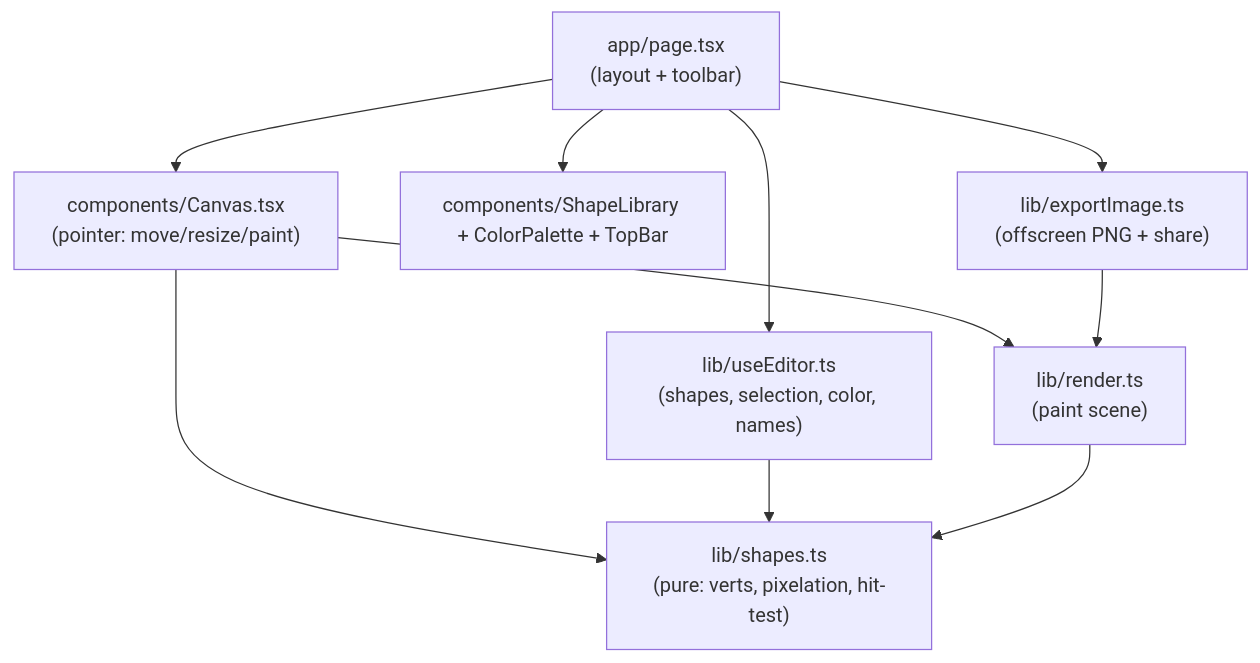
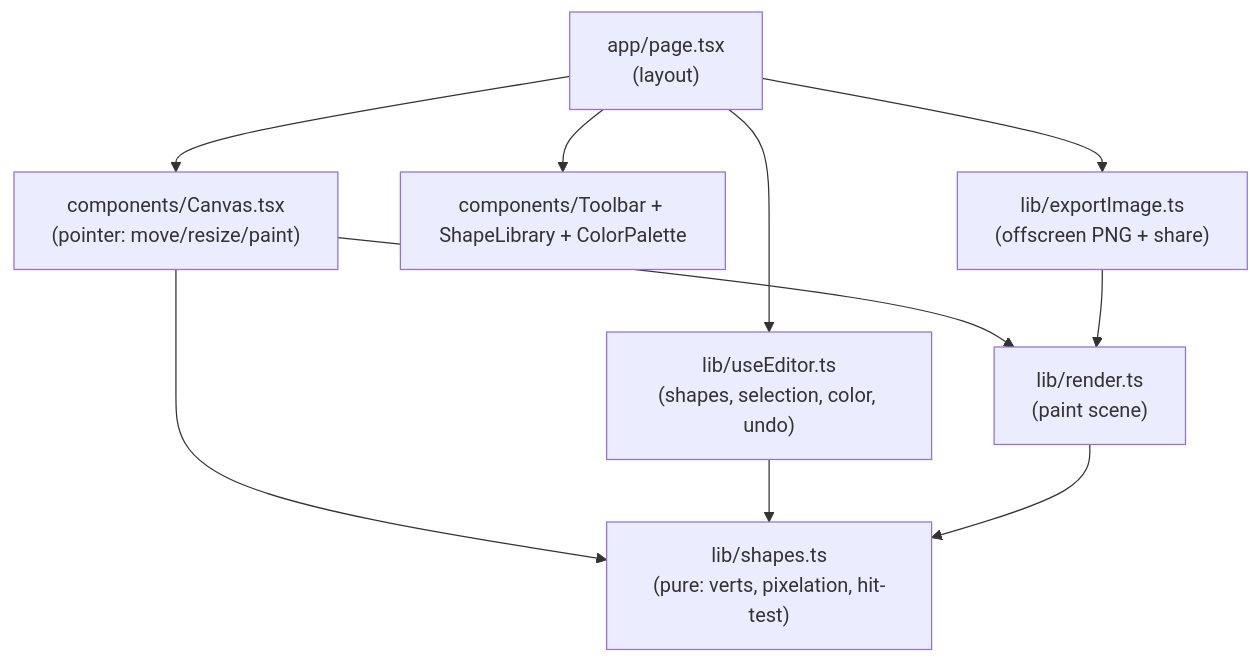
One commit to bunlongheng/pixy changed the diagram in README.md. Above: the diagram before and after it, drawn with Mermaid. The commit also changed other lines of this file and 26 other files, not shown here.

````diff
--- a/README.md
+++ b/README.md
@@ -41,20 +46,20 @@
 ```mermaid
 flowchart TD
-    Page["app/page.tsx<br/>(layout + toolbar)"]
+    Page["app/page.tsx<br/>(layout)"]
     Canvas["components/Canvas.tsx<br/>(pointer: move/resize/paint)"]
-    Lib["components/ShapeLibrary + ColorPalette + TopBar"]
-    Editor["lib/useEditor.ts<br/>(shapes, selection, color, names)"]
+    Lib["components/Toolbar + ShapeLibrary + ColorPalette"]
+    Editor["lib/useEditor.ts<br/>(shapes, selection, color, undo)"]
     Shapes["lib/shapes.ts<br/>(pure: verts, pixelation, hit-test)"]
     Render["lib/render.ts<br/>(paint scene)"]
     Export["lib/exportImage.ts<br/>(offscreen PNG + share)"]
 
     Page --> Canvas
     Page --> Lib
     Page --> Editor
     Page --> Export
     Canvas --> Shapes
     Canvas --> Render
     Editor --> Shapes
     Render --> Shapes
     Export --> Render
 ```
````
